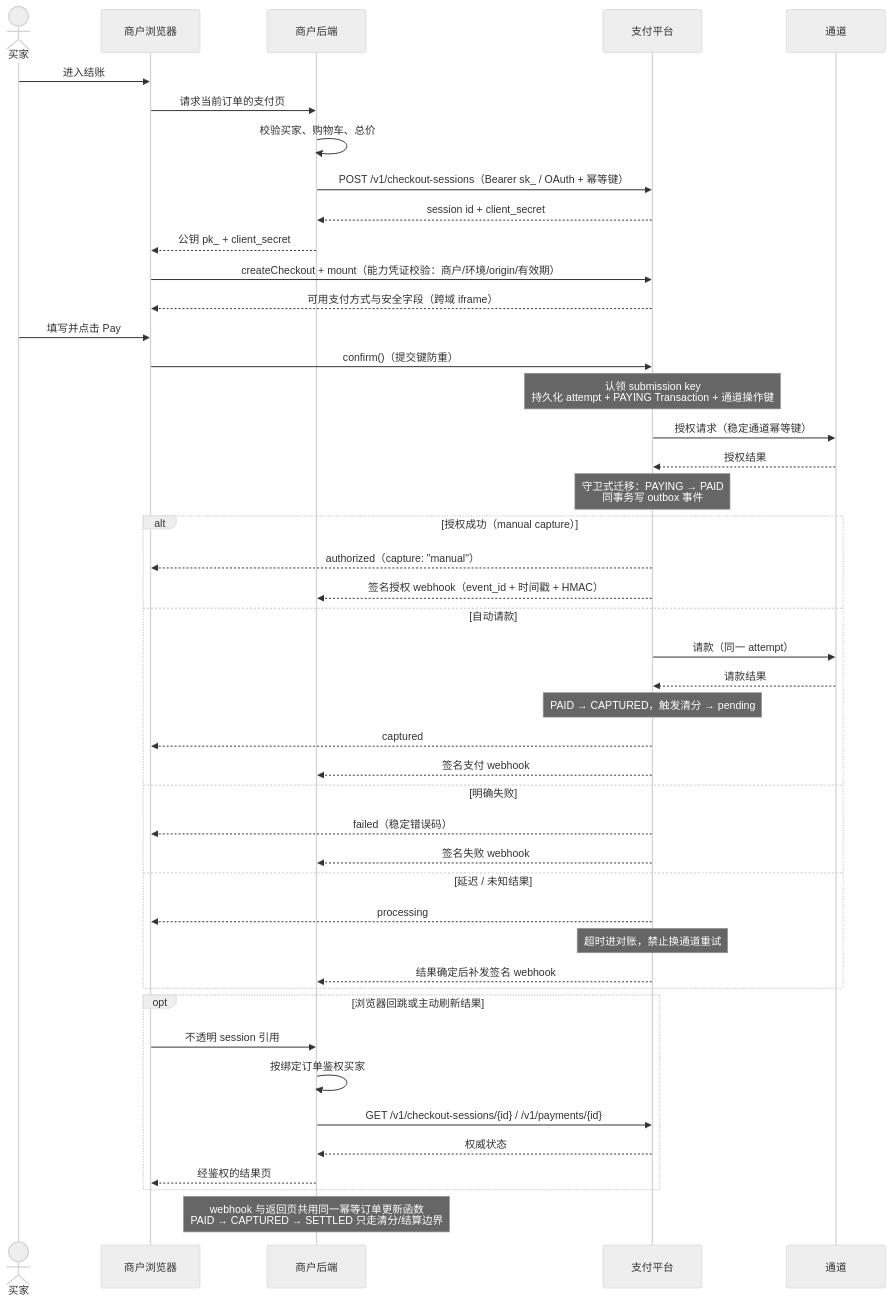
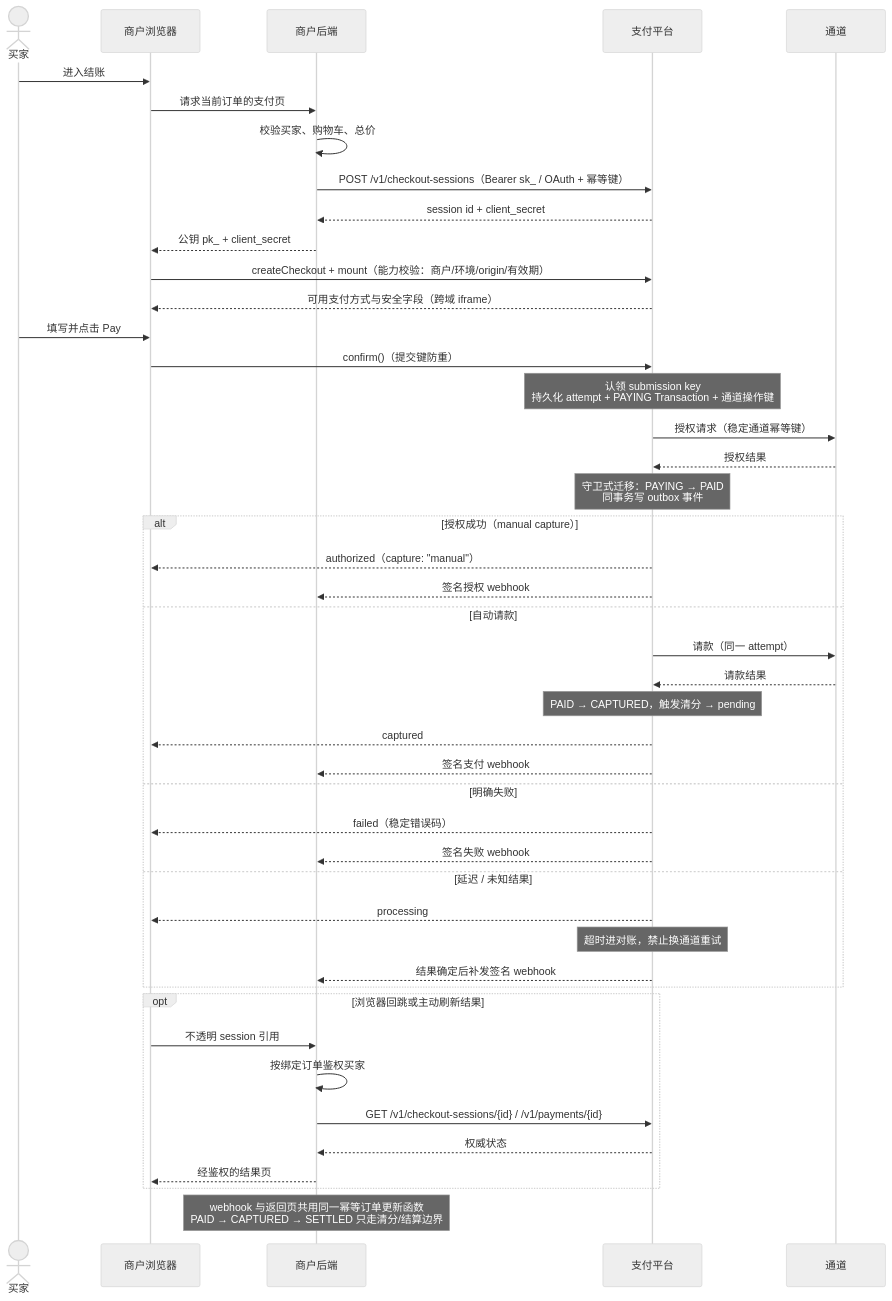
Before and after one commit to 1aboveio/wallet-architecture: the second of 3 diagrams in docs/payment-element-auth-integration-design.md, drawn with Mermaid (neutral theme). The commit also changed other lines of this file, not shown here.

First line of the commit message:
docs: rewrite Payment Element design doc as platform-internal spec

````diff
--- a/docs/payment-element-auth-integration-design.md
+++ b/docs/payment-element-auth-integration-design.md
@@ -442,52 +264,52 @@
 ```mermaid
 sequenceDiagram
     actor Buyer as 买家
     participant Browser as 商户浏览器
     participant Backend as 商户后端
     participant Platform as 支付平台
     participant Processor as 通道
 
     Buyer->>Browser: 进入结账
     Browser->>Backend: 请求当前订单的支付页
     Backend->>Backend: 校验买家、购物车、总价
     Backend->>Platform: POST /v1/checkout-sessions（Bearer sk_ / OAuth + 幂等键）
     Platform-->>Backend: session id + client_secret
     Backend-->>Browser: 公钥 pk_ + client_secret
-    Browser->>Platform: createCheckout + mount（能力凭证校验：商户/环境/origin/有效期）
+    Browser->>Platform: createCheckout + mount（能力校验：商户/环境/origin/有效期）
     Platform-->>Browser: 可用支付方式与安全字段（跨域 iframe）
 
     Buyer->>Browser: 填写并点击 Pay
     Browser->>Platform: confirm()（提交键防重）
     Note over Platform: 认领 submission key<br/>持久化 attempt + PAYING Transaction + 通道操作键
     Platform->>Processor: 授权请求（稳定通道幂等键）
     Processor-->>Platform: 授权结果
     Note over Platform: 守卫式迁移：PAYING → PAID<br/>同事务写 outbox 事件
 
     alt 授权成功（manual capture）
         Platform-->>Browser: authorized（capture: "manual"）
-        Platform-->>Backend: 签名授权 webhook（event_id + 时间戳 + HMAC）
+        Platform-->>Backend: 签名授权 webhook
     else 自动请款
         Platform->>Processor: 请款（同一 attempt）
         Processor-->>Platform: 请款结果
         Note over Platform: PAID → CAPTURED，触发清分 → pending
         Platform-->>Browser: captured
         Platform-->>Backend: 签名支付 webhook
     else 明确失败
         Platform-->>Browser: failed（稳定错误码）
         Platform-->>Backend: 签名失败 webhook
     else 延迟 / 未知结果
         Platform-->>Browser: processing
         Note over Platform: 超时进对账，禁止换通道重试
         Platform-->>Backend: 结果确定后补发签名 webhook
     end
 
     opt 浏览器回跳或主动刷新结果
         Browser->>Backend: 不透明 session 引用
         Backend->>Backend: 按绑定订单鉴权买家
         Backend->>Platform: GET /v1/checkout-sessions/{id} / /v1/payments/{id}
         Platform-->>Backend: 权威状态
         Backend-->>Browser: 经鉴权的结果页
     end
 
     Note over Backend: webhook 与返回页共用同一幂等订单更新函数<br/>PAID → CAPTURED → SETTLED 只走清分/结算边界
 ```
````
